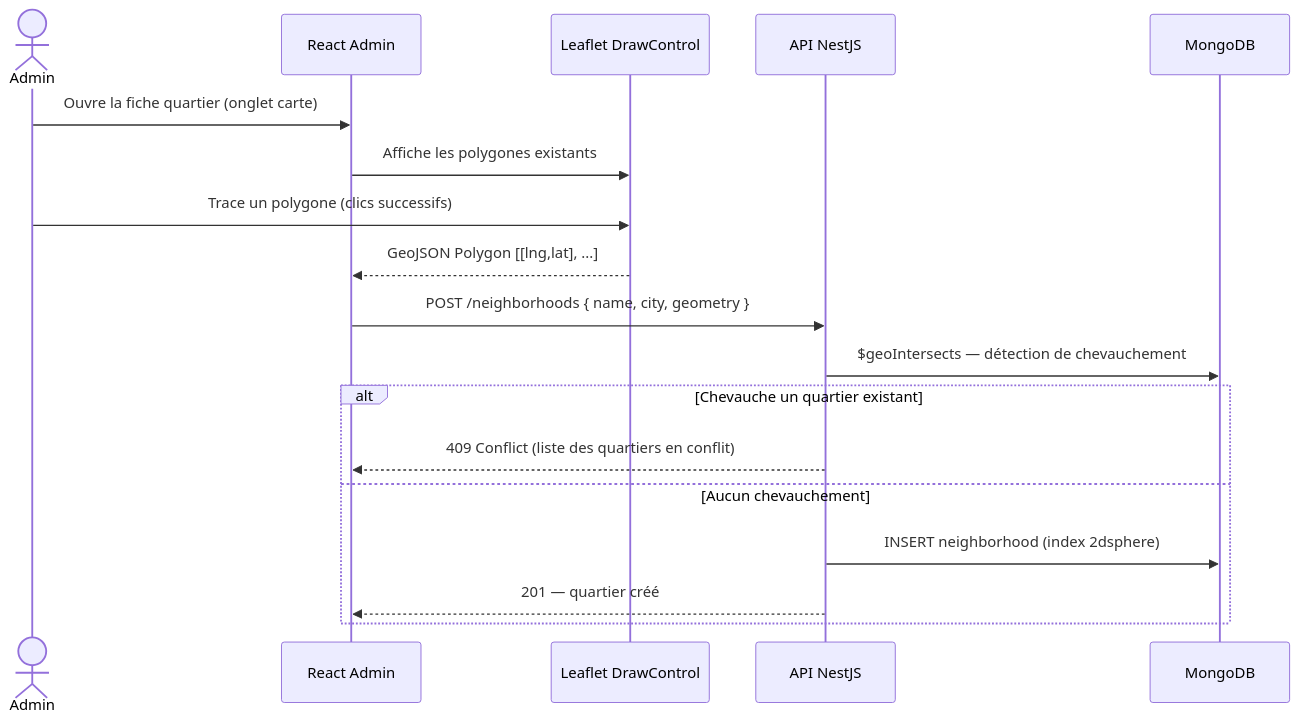
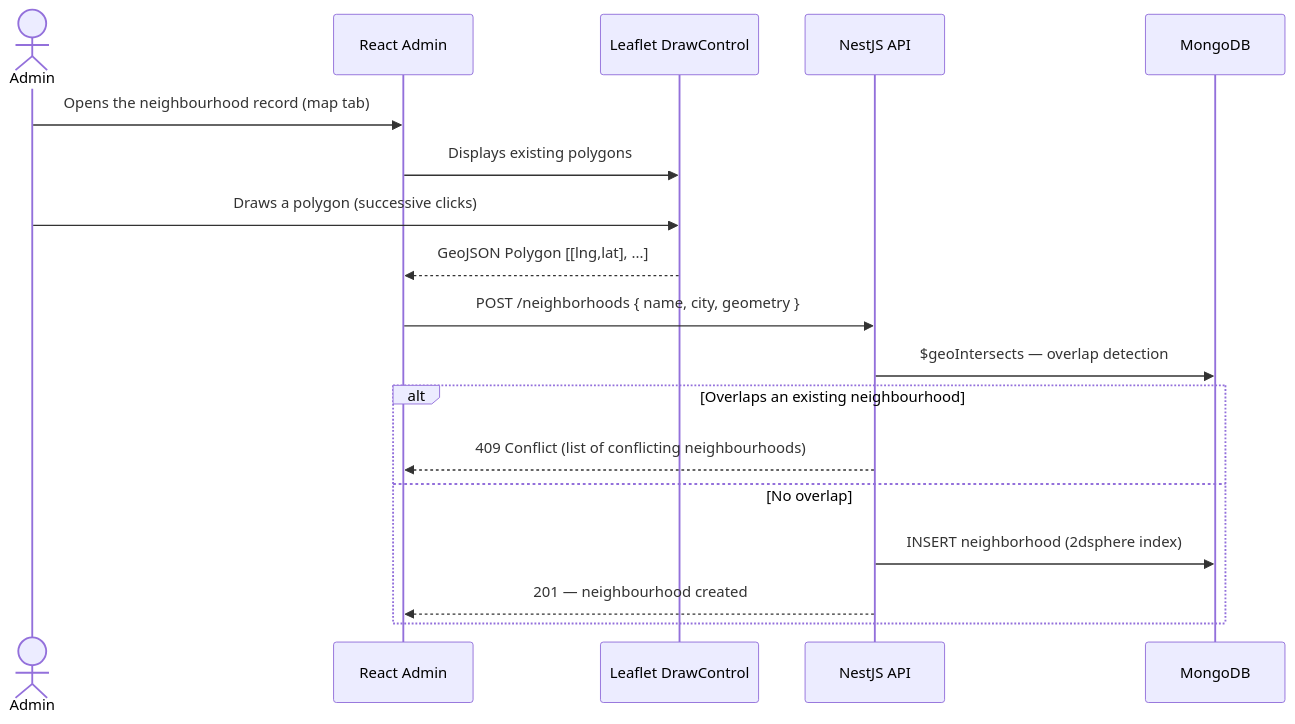
One commit to creibaud/QuartierConnect changed the seventh of 20 diagrams in docs/RAPPORT-ETAPE3.md. Above: the diagram before and after it, drawn with Mermaid. The commit also changed other lines of this file and 155 other files, not shown here.

````diff
--- a/docs/RAPPORT-ETAPE3.md
+++ b/docs/RAPPORT-ETAPE3.md
@@ -242,21 +242,21 @@
 ```mermaid
 sequenceDiagram
     actor Admin
     participant W as React Admin
     participant L as Leaflet DrawControl
-    participant A as API NestJS
+    participant A as NestJS API
     participant M as MongoDB
 
-    Admin->>W: Ouvre la fiche quartier (onglet carte)
-    W->>L: Affiche les polygones existants
-    Admin->>L: Trace un polygone (clics successifs)
+    Admin->>W: Opens the neighbourhood record (map tab)
+    W->>L: Displays existing polygons
+    Admin->>L: Draws a polygon (successive clicks)
     L-->>W: GeoJSON Polygon [[lng,lat], ...]
     W->>A: POST /neighborhoods { name, city, geometry }
-    A->>M: $geoIntersects — détection de chevauchement
-    alt Chevauche un quartier existant
-        A-->>W: 409 Conflict (liste des quartiers en conflit)
-    else Aucun chevauchement
-        A->>M: INSERT neighborhood (index 2dsphere)
-        A-->>W: 201 — quartier créé
+    A->>M: $geoIntersects — overlap detection
+    alt Overlaps an existing neighbourhood
+        A-->>W: 409 Conflict (list of conflicting neighbourhoods)
+    else No overlap
+        A->>M: INSERT neighborhood (2dsphere index)
+        A-->>W: 201 — neighbourhood created
     end
 ```
````
